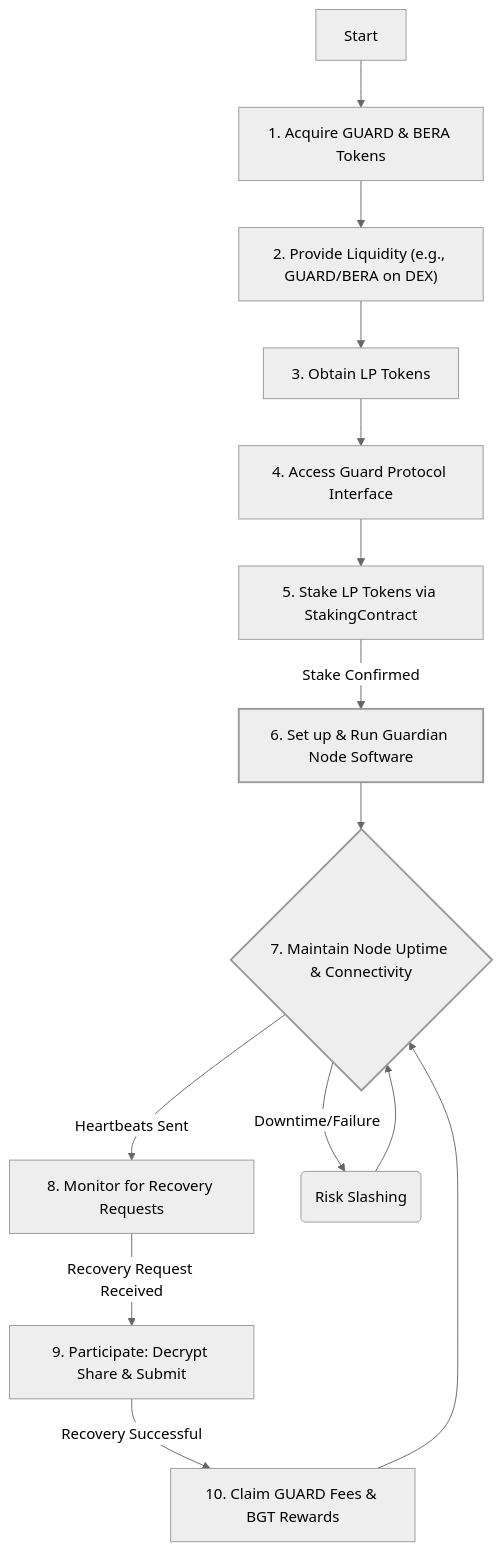
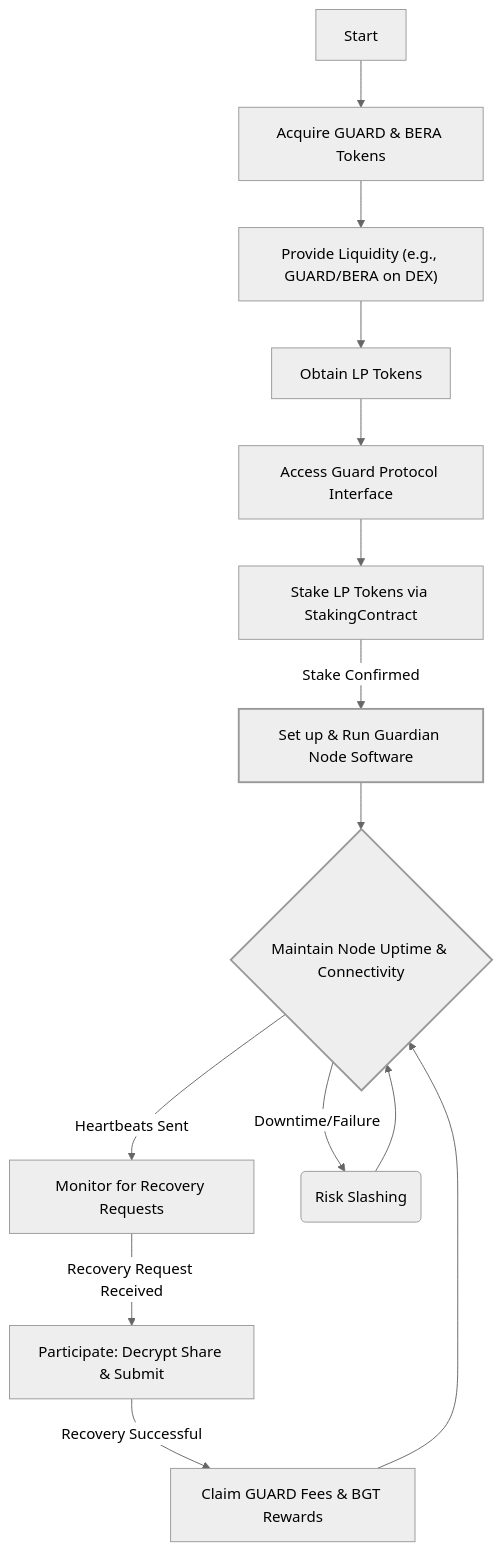
The fourth of 5 diagrams in Guard02.md (amschel99/papers), drawn with Mermaid (neutral theme) before and after one commit.

````diff
--- a/Guard02.md
+++ b/Guard02.md
@@ -271,19 +271,19 @@
 ```mermaid
 graph TD
-    Start --> A["1. Acquire GUARD & BERA Tokens"];
-    A --> B["2. Provide Liquidity (e.g., GUARD/BERA on DEX)"];
-    B --> C["3. Obtain LP Tokens"];
-    C --> D["4. Access Guard Protocol Interface"];
-    D --> E["5. Stake LP Tokens via StakingContract"];
-    E -- Stake Confirmed --> F["6. Set up & Run Guardian Node Software"];
-    F --> G{"7. Maintain Node Uptime & Connectivity"};
-    G -- Heartbeats Sent --> H["8. Monitor for Recovery Requests"];
-    H -- Recovery Request Received --> I["9. Participate: Decrypt Share & Submit"];
-    I -- Recovery Successful --> J["10. Claim GUARD Fees & BGT Rewards"];
+    Start --> A["Acquire GUARD & BERA Tokens"];
+    A --> B["Provide Liquidity (e.g., GUARD/BERA on DEX)"];
+    B --> C["Obtain LP Tokens"];
+    C --> D["Access Guard Protocol Interface"];
+    D --> E["Stake LP Tokens via StakingContract"];
+    E -- Stake Confirmed --> F["Set up & Run Guardian Node Software"];
+    F --> G{"Maintain Node Uptime & Connectivity"};
+    G -- Heartbeats Sent --> H["Monitor for Recovery Requests"];
+    H -- Recovery Request Received --> I["Participate: Decrypt Share & Submit"];
+    I -- Recovery Successful --> J["Claim GUARD Fees & BGT Rewards"];
     J --> G;
     G -- Downtime/Failure --> K(Risk Slashing);
     K --> G;
 
     style F stroke-width:2px
     style G stroke-width:2px
 ```
````
